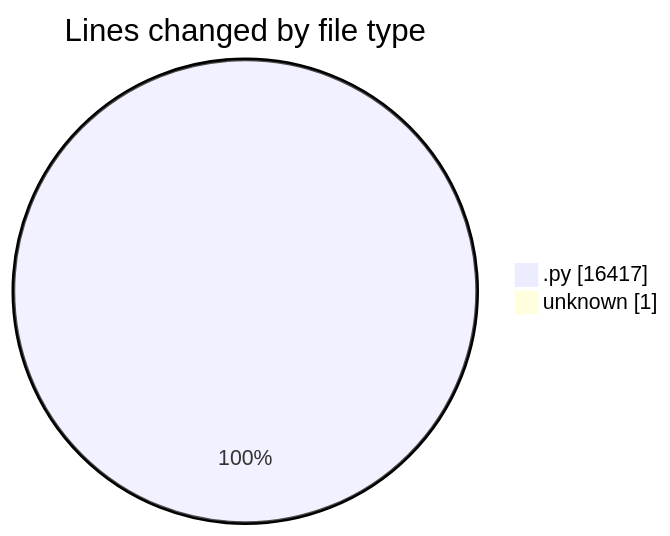
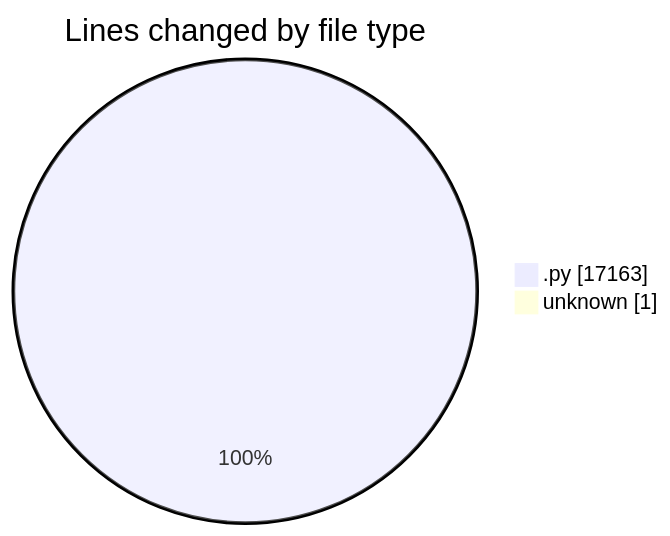
One commit to julien-gomy/code-tracking changed the first of 2 diagrams in 2025-11-22/eventscop-api-guide__workspace_/README.md. Above: the diagram before and after it, drawn with Mermaid. The commit also changed other lines of this file and 1 other file, not shown here.

````diff
--- a/2025-11-22/eventscop-api-guide__workspace_/README.md
+++ b/2025-11-22/eventscop-api-guide__workspace_/README.md
@@ -28,6 +28,6 @@
 ```mermaid
 pie showData
 title Lines changed by file type
-".py" : 16417
+".py" : 17163
 "unknown" : 1
 ```
````
